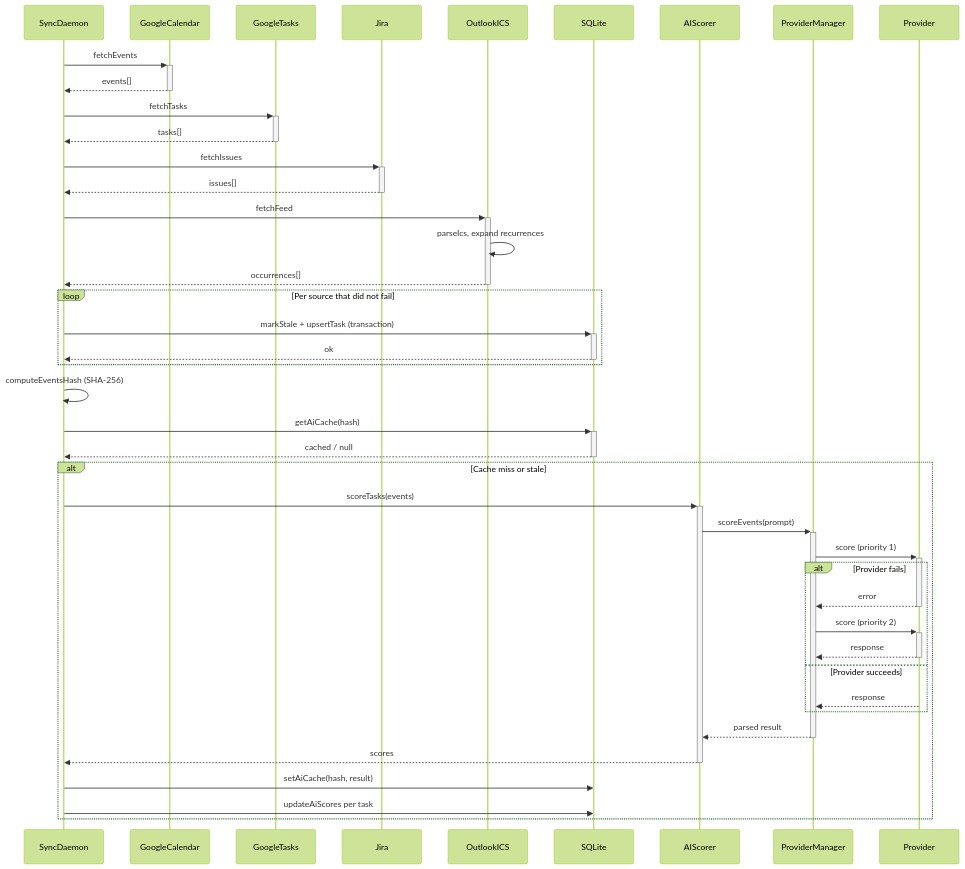
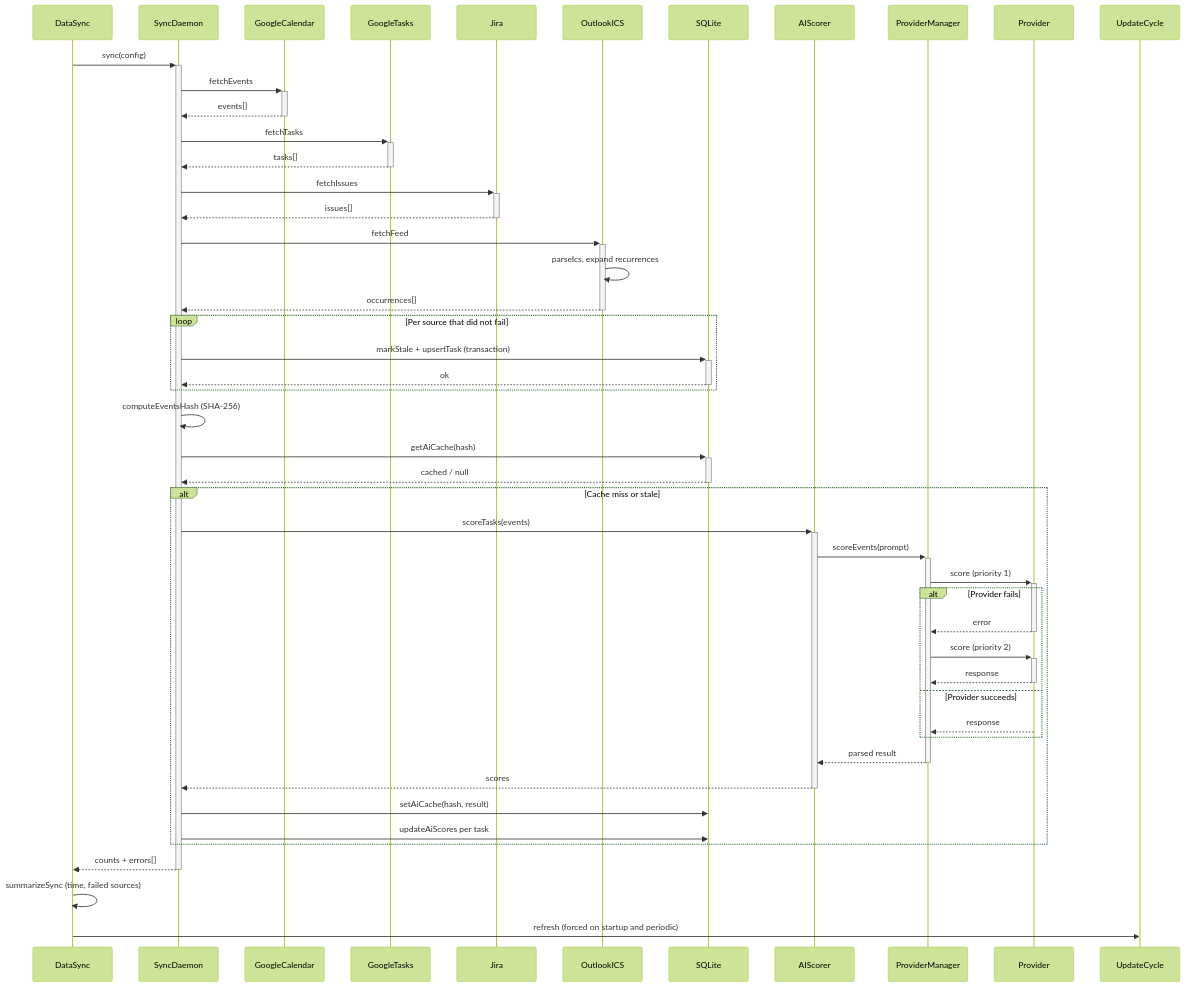
Before and after one commit to AndreaBonn/deadline-aura: the first of 5 diagrams in docs/ARCHITECTURE.md, drawn with Mermaid (forest theme). The commit also changed other lines of this file and 8 other files, not shown here.

First line of the commit message:
docs: align README, architecture and user guide with v1.8.0

````diff
--- a/docs/ARCHITECTURE.md
+++ b/docs/ARCHITECTURE.md
@@ -15,54 +19,61 @@
 ```mermaid
 sequenceDiagram
+  participant ds as DataSync
   participant sd as SyncDaemon
   participant gcal as GoogleCalendar
   participant gtasks as GoogleTasks
   participant jira as Jira
   participant outlook as OutlookICS
   participant db as SQLite
   participant ai as AIScorer
   participant pm as ProviderManager
   participant prov as Provider
+  participant uc as UpdateCycle
 
+  ds->>+sd: sync(config)
   sd->>+gcal: fetchEvents
   gcal-->>-sd: events[]
 
   sd->>+gtasks: fetchTasks
   gtasks-->>-sd: tasks[]
 
   sd->>+jira: fetchIssues
   jira-->>-sd: issues[]
 
   sd->>+outlook: fetchFeed
   outlook->>outlook: parseIcs, expand recurrences
   outlook-->>-sd: occurrences[]
 
   loop Per source that did not fail
     sd->>+db: markStale + upsertTask (transaction)
     db-->>-sd: ok
   end
 
   sd->>sd: computeEventsHash (SHA-256)
   sd->>+db: getAiCache(hash)
   db-->>-sd: cached / null
 
   alt Cache miss or stale
     sd->>+ai: scoreTasks(events)
     ai->>+pm: scoreEvents(prompt)
     pm->>+prov: score (priority 1)
 
     alt Provider fails
       prov-->>-pm: error
       pm->>+prov: score (priority 2)
       prov-->>-pm: response
     else Provider succeeds
       prov-->>pm: response
     end
 
     pm-->>-ai: parsed result
     ai-->>-sd: scores
 
     sd->>db: setAiCache(hash, result)
     sd->>db: updateAiScores per task
   end
+
+  sd-->>-ds: counts + errors[]
+  ds->>ds: summarizeSync (time, failed sources)
+  ds->>uc: refresh (forced on startup and periodic)
 ```
````
